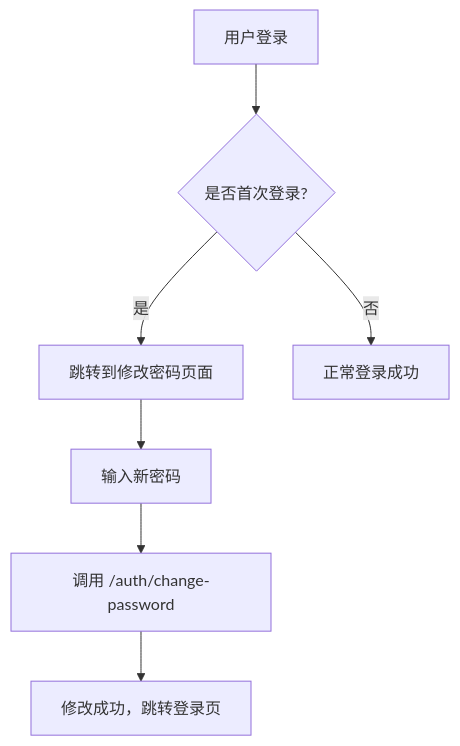
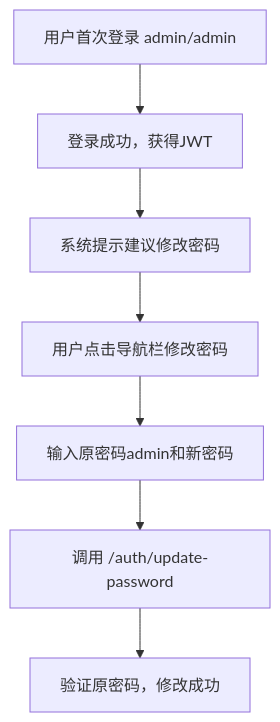
One commit to moffeet/dswl changed the first of 2 diagrams in 密码修改接口设计文档.md. Above: the diagram before and after it, drawn with Mermaid. The commit also changed other lines of this file and 6 other files, not shown here.

````diff
--- a/密码修改接口设计文档.md
+++ b/密码修改接口设计文档.md
@@ -82,9 +53,9 @@
 ```mermaid
 graph TD
-    A[用户登录] --> B{是否首次登录?}
-    B -->|是| C[跳转到修改密码页面]
-    C --> D[输入新密码]
-    D --> E[调用 /auth/change-password]
-    E --> F[修改成功，跳转登录页]
-    B -->|否| G[正常登录成功]
+    A[用户首次登录 admin/admin] --> B[登录成功，获得JWT]
+    B --> C[系统提示建议修改密码]
+    C --> D[用户点击导航栏修改密码]
+    D --> E[输入原密码admin和新密码]
+    E --> F[调用 /auth/update-password]
+    F --> G[验证原密码，修改成功]
 ```
````
